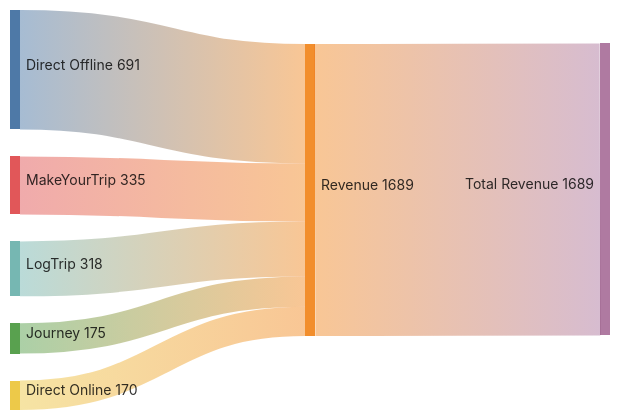
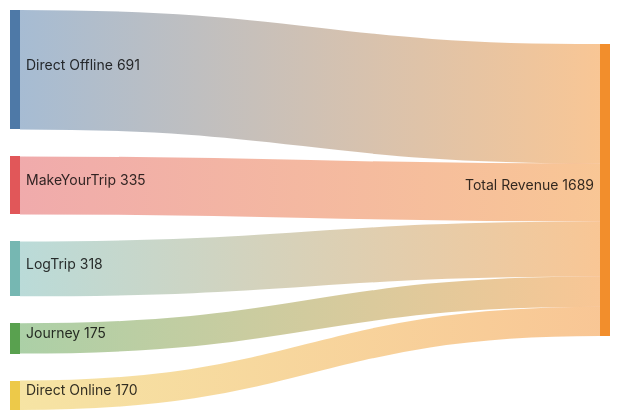
The fifth of 5 diagrams in README.md (drvsaxena/Hospitality-Insights-Dashboard), drawn with Mermaid before and after one commit.

````diff
--- a/README.md
+++ b/README.md
@@ -221,11 +221,11 @@
 ```mermaid
-%%{init: {'theme':'base'}}%%
+%%{init: {'theme':'default', 'themeVariables': { 'fontSize':'18px'}}}%%
 sankey-beta
 
-Direct Offline,Revenue,691
-MakeYourTrip,Revenue,335
-LogTrip,Revenue,318
-Journey,Revenue,175
-Direct Online,Revenue,170
-Revenue,Total Revenue,1689
+%% Platform to Revenue Flow
+Direct Offline,Total Revenue,691
+MakeYourTrip,Total Revenue,335
+LogTrip,Total Revenue,318
+Journey,Total Revenue,175
+Direct Online,Total Revenue,170
 ```
````
